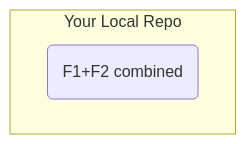
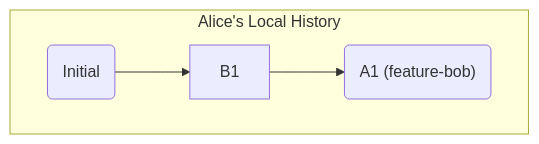
The first of 2 diagrams in manuscript/part4/chapter24.md (engineers-hub-ltd-in-house-project/git-deep-understanding), drawn with Mermaid before and after one commit. The commit also changed other lines of this file and 36 other files, not shown here.

````diff
--- a/manuscript/part4/chapter24.md
+++ b/manuscript/part4/chapter24.md
@@ -69,6 +33,6 @@
 ```mermaid
 graph TD
-    subgraph "Your Local Repo"
-        C_F12("F1+F2 combined")
+    subgraph "Alice's Local History"
+        C("Initial") --> B1 --> A1("A1 (feature-bob)")
     end
 ```
````
